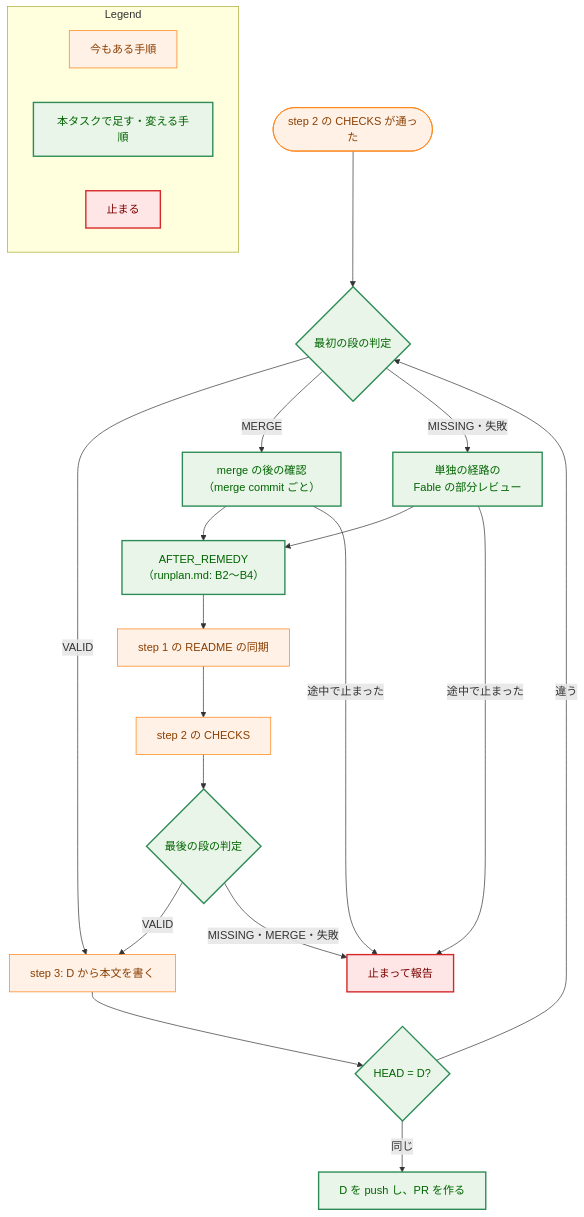
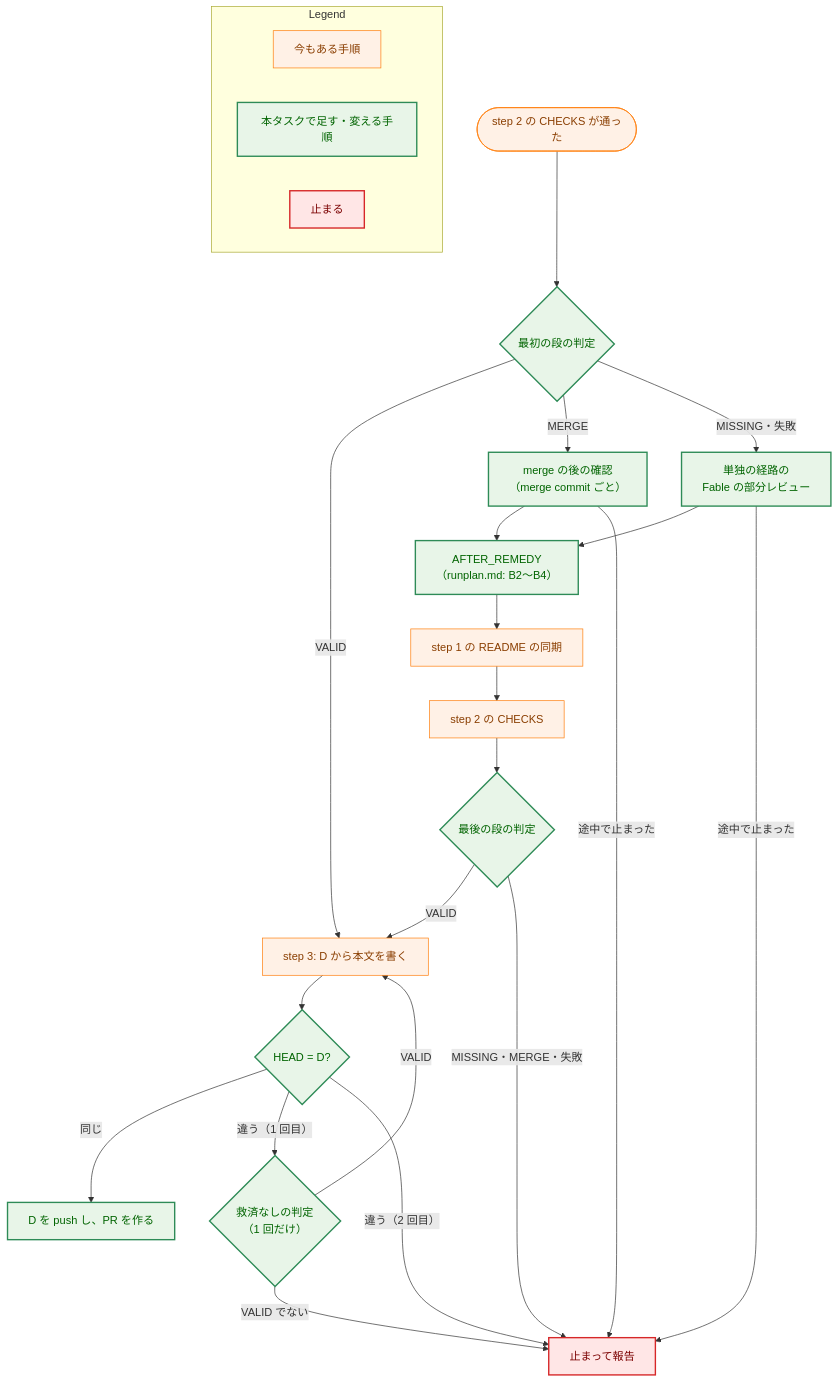
The fifth of 5 diagrams in docs/tasks/0114_fable_record_after_merge/02_architecture.md (isseis/yt2column), drawn with Mermaid before and after one commit. The commit also changed other lines of this file and 1 other file, not shown here.

````diff
--- a/docs/tasks/0114_fable_record_after_merge/02_architecture.md
+++ b/docs/tasks/0114_fable_record_after_merge/02_architecture.md
@@ -584,47 +609,51 @@
 ```mermaid
 flowchart TD
     classDef process fill:#fff1e6,stroke:#ff7f0e,stroke-width:1px,color:#8a3e00;
     classDef enhanced fill:#e8f5e8,stroke:#2e8b57,stroke-width:2px,color:#006400;
     classDef problem fill:#ffe6e6,stroke:#d62728,stroke-width:2px,color:#7b0000;
 
     S(["step 2 の CHECKS が通った"])
     D1{"最初の段の判定"}
     MC["merge の後の確認<br>（merge commit ごと）"]
     SP["単独の経路の<br>Fable の部分レビュー"]
     AR["AFTER_REMEDY<br>（runplan.md: B2〜B4）"]
     RS["step 1 の README の同期"]
     CK["step 2 の CHECKS"]
     D2{"最後の段の判定"}
     ST["止まって報告"]
     P3["step 3: D から本文を書く"]
     HC{"HEAD = D?"}
     PU["D を push し、PR を作る"]
 
     S --> D1
     D1 -->|"VALID"| P3
     D1 -->|"MERGE"| MC
     D1 -->|"MISSING・失敗"| SP
     MC --> AR
     SP --> AR
     MC -->|"途中で止まった"| ST
     SP -->|"途中で止まった"| ST
     AR --> RS --> CK --> D2
     D2 -->|"VALID"| P3
     D2 -->|"MISSING・MERGE・失敗"| ST
     P3 --> HC
+    RD{"救済なしの判定<br>（1 回だけ）"}
     HC -->|"同じ"| PU
-    HC -->|"違う"| D1
+    HC -->|"違う（1 回目）"| RD
+    HC -->|"違う（2 回目）"| ST
+    RD -->|"VALID"| P3
+    RD -->|"VALID でない"| ST
 
     class S,RS,CK,P3 process
-    class D1,MC,SP,AR,D2,HC,PU enhanced
+    class D1,MC,SP,AR,D2,HC,PU,RD enhanced
     class ST problem
 
     subgraph Legend["Legend"]
         L1["今もある手順"]
         L2["本タスクで足す・変える手順"]
         L3["止まる"]
     end
     class L1 process
     class L2 enhanced
     class L3 problem
 ```
````
